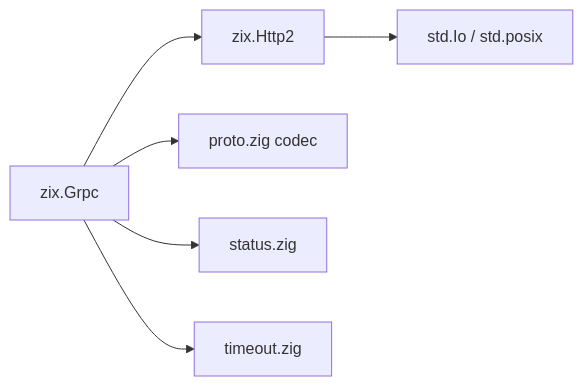
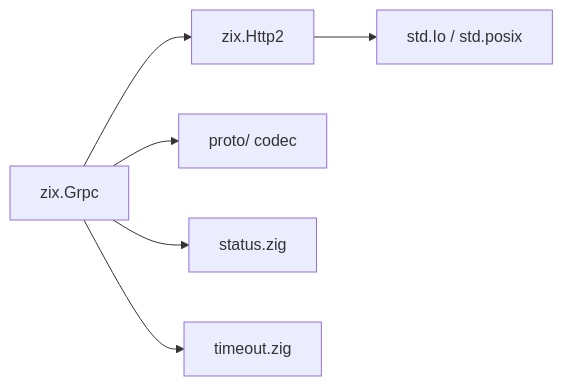
The first of 4 diagrams in docs/hld-grpc-id.md (prothegee/zix), drawn with Mermaid before and after one commit. The commit also changed other lines of this file, not shown here.

First line of the commit message:
describe the split gRPC proto codec in the hld

````diff
--- a/docs/hld-grpc-id.md
+++ b/docs/hld-grpc-id.md
@@ -14,8 +14,8 @@
 ```mermaid
 graph LR
     Z[zix.Grpc] --> H[zix.Http2]
     H --> T[std.Io / std.posix]
-    Z --> P[proto.zig codec]
+    Z --> P[proto/ codec]
     Z --> S[status.zig]
     Z --> TO[timeout.zig]
 ```
````
